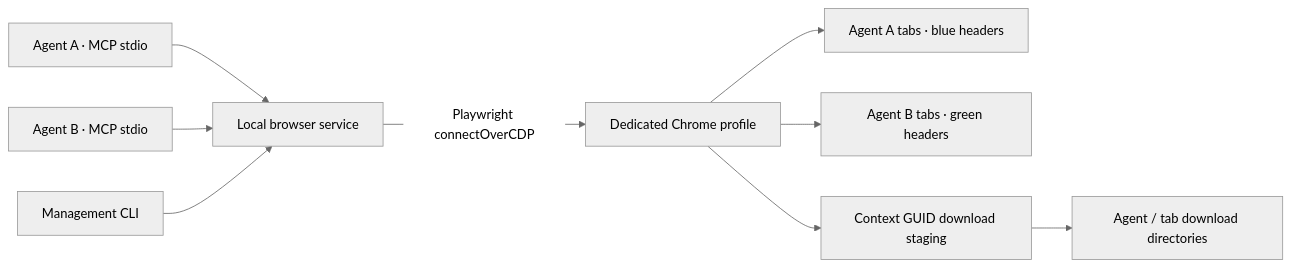
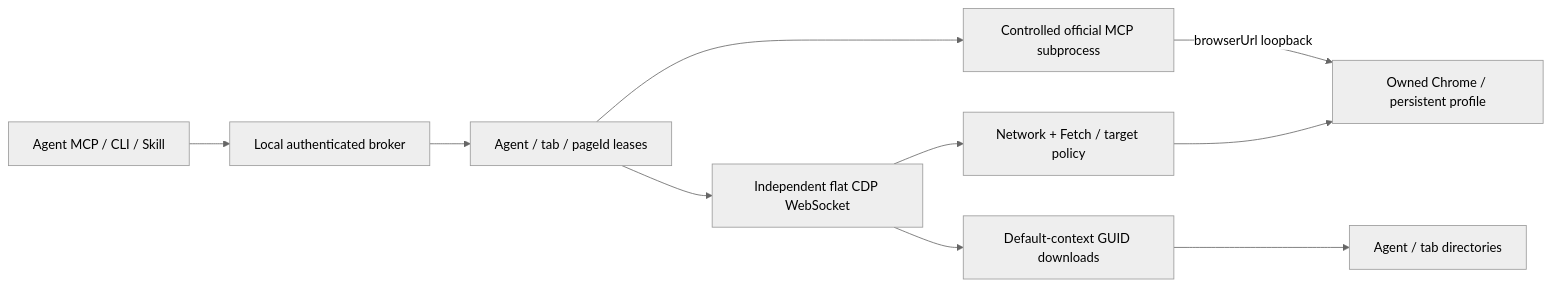
The diagram in docs/architecture.md (Tsutomu-miku/cdp-browser-mcp), drawn with Mermaid (neutral theme) before and after one commit. The commit also changed other lines of this file and 40 other files, not shown here.

First line of the commit message:
Use official Chrome DevTools MCP on current Chrome Stable (#2)

````diff
--- a/docs/architecture.md
+++ b/docs/architecture.md
@@ -5,11 +5,12 @@
 ```mermaid
 flowchart LR
-  A[Agent A · MCP stdio] --> S[Local browser service]
-  B[Agent B · MCP stdio] --> S
-  CLI[Management CLI] --> S
-  S -->|Playwright connectOverCDP| C[Dedicated Chrome profile]
-  C --> T1[Agent A tabs · blue headers]
-  C --> T2[Agent B tabs · green headers]
-  C --> D[Context GUID download staging]
-  D --> F[Agent / tab download directories]
+  Agents[Agent MCP / CLI / Skill] --> Broker[Local authenticated broker]
+  Broker --> Leases[Agent / tab / pageId leases]
+  Leases --> Official[Controlled official MCP subprocess]
+  Official -->|browserUrl loopback| Chrome[Owned Chrome / persistent profile]
+  Leases --> CDP[Independent flat CDP WebSocket]
+  CDP --> Policy[Network + Fetch / target policy]
+  Policy --> Chrome
+  CDP --> Downloads[Default-context GUID downloads]
+  Downloads --> Files[Agent / tab directories]
 ```
````
